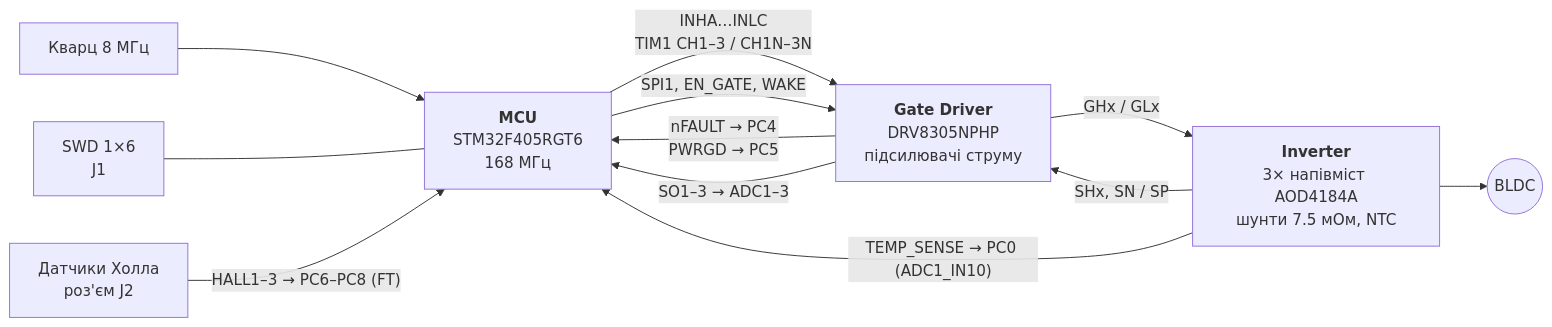
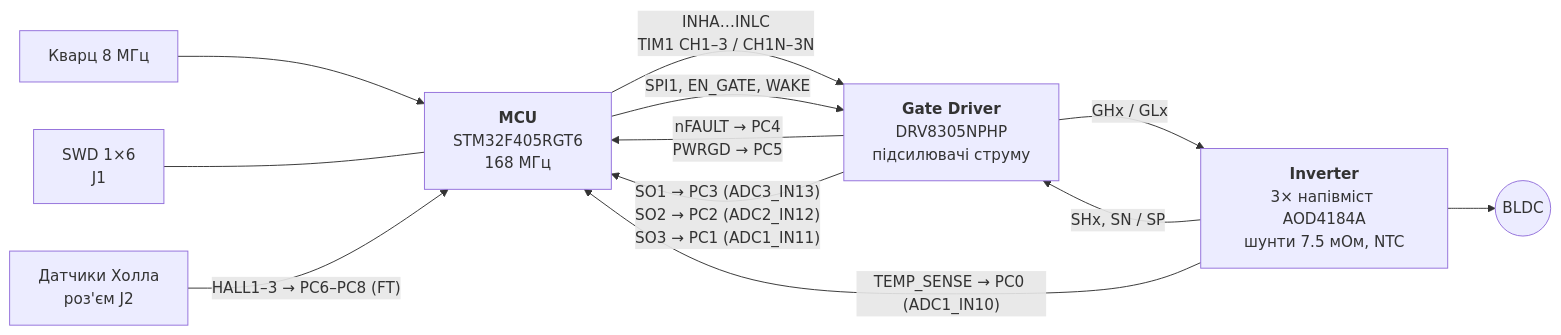
Before and after one commit to anhro/hardware-development: the first of 2 diagrams in motor-drive-controller/docs/architecture.md, drawn with Mermaid. The commit also changed other lines of this file and 8 other files, not shown here.

````diff
--- a/motor-drive-controller/docs/architecture.md
+++ b/motor-drive-controller/docs/architecture.md
@@ -8,19 +8,19 @@
 ```mermaid
 flowchart LR
     HSE["Кварц 8 МГц"] --> MCU
     DBG["SWD 1×6<br/>J1"] --- MCU
     HALL["Датчики Холла<br/>роз'єм J2"] -- "HALL1–3 → PC6–PC8 (FT)" --> MCU
 
     MCU["<b>MCU</b><br/>STM32F405RGT6<br/>168 МГц"]
     DRV["<b>Gate Driver</b><br/>DRV8305NPHP<br/>підсилювачі струму"]
     INV["<b>Inverter</b><br/>3× напівміст AOD4184A<br/>шунти 7.5 мОм, NTC"]
 
     MCU -- "INHA…INLC<br/>TIM1 CH1–3 / CH1N–3N" --> DRV
     DRV -- "nFAULT → PC4<br/>PWRGD → PC5" --> MCU
     MCU -- "SPI1, EN_GATE, WAKE" --> DRV
-    DRV -- "SO1–3 → ADC1–3" --> MCU
+    DRV -- "SO1 → PC3 (ADC3_IN13)<br/>SO2 → PC2 (ADC2_IN12)<br/>SO3 → PC1 (ADC1_IN11)" --> MCU
     DRV -- "GHx / GLx" --> INV
     INV -- "SHx, SN / SP" --> DRV
     INV -- "TEMP_SENSE → PC0 (ADC1_IN10)" --> MCU
     INV --> M(("BLDC"))
 ```
````
